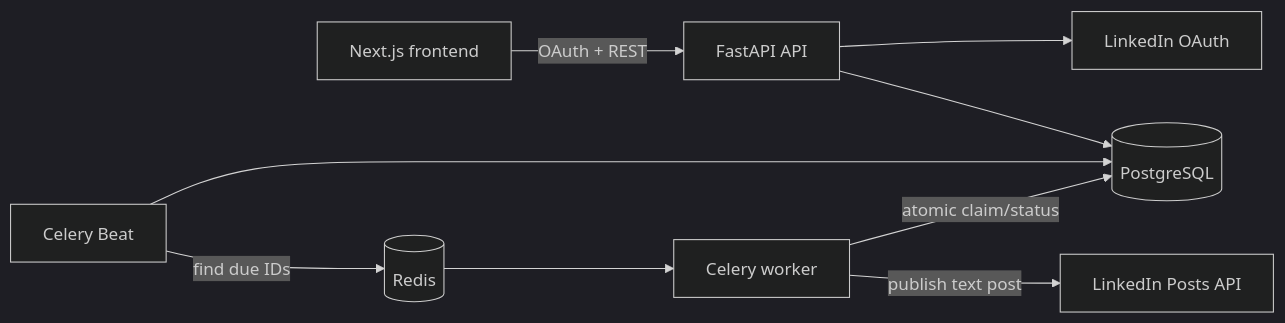
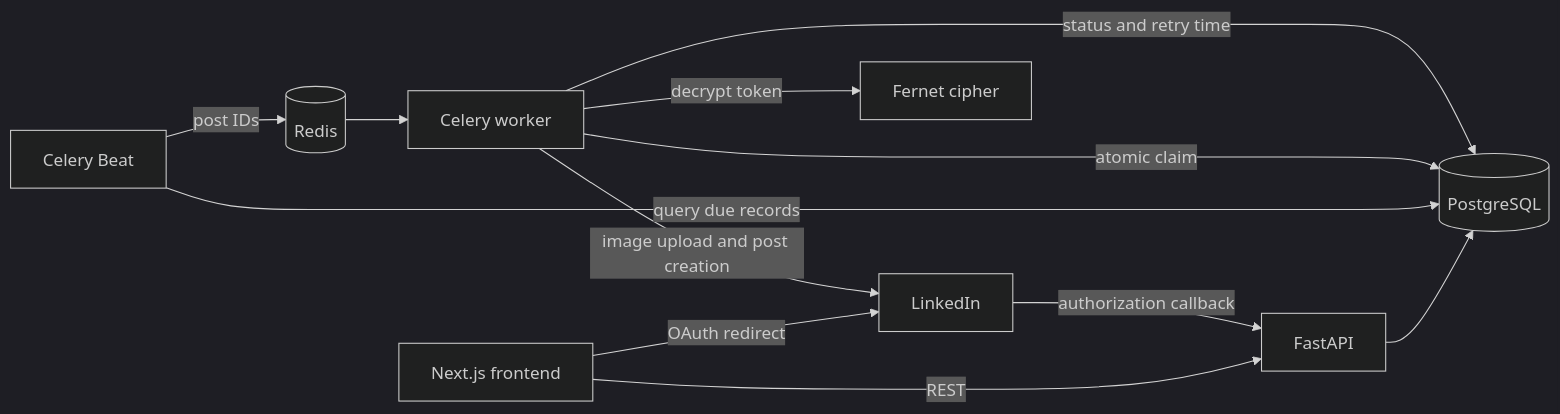
The first of 2 diagrams in backend/README.md (ranit-98/linkedin-content-scheduler), drawn with Mermaid (dark theme) before and after one commit. The commit also changed other lines of this file and 2 other files, not shown here.

First line of the commit message:
Enhance backend and frontend documentation for LinkedIn Post Scheduler

````diff
--- a/backend/README.md
+++ b/backend/README.md
@@ -8,11 +11,14 @@
 ```mermaid
 flowchart LR
-    UI[Next.js frontend] -->|OAuth + REST| API[FastAPI API]
+    UI[Next.js frontend] -->|REST| API[FastAPI]
+    UI -->|OAuth redirect| LI[LinkedIn]
+    LI -->|authorization callback| API
     API --> DB[(PostgreSQL)]
-    API --> LI[LinkedIn OAuth]
-    BEAT[Celery Beat] -->|find due IDs| REDIS[(Redis)]
-    BEAT --> DB
-    REDIS --> WORKER[Celery worker]
-    WORKER -->|atomic claim/status| DB
-    WORKER -->|publish text post| LIAPI[LinkedIn Posts API]
+    Beat[Celery Beat] -->|query due records| DB
+    Beat -->|post IDs| Redis[(Redis)]
+    Redis --> Worker[Celery worker]
+    Worker -->|atomic claim| DB
+    Worker -->|decrypt token| Vault[Fernet cipher]
+    Worker -->|image upload and post creation| LI
+    Worker -->|status and retry time| DB
 ```
````
